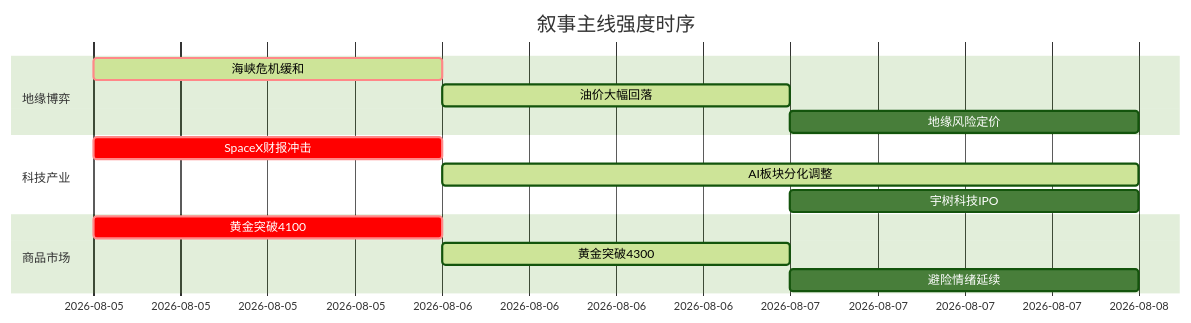
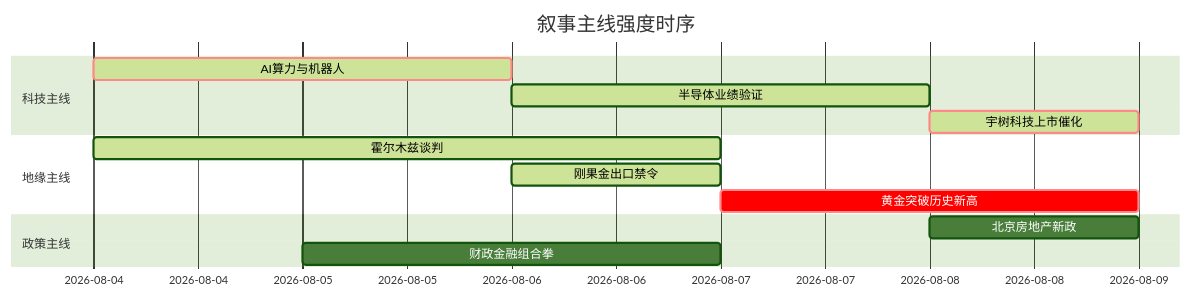
The diagram in 5day_report.md (uu5zn/uu5zn.github.io), drawn with Mermaid (forest theme) before and after one commit. The commit also changed other lines of this file and 4 other files, not shown here.

````diff
--- a/5day_report.md
+++ b/5day_report.md
@@ -54,19 +54,18 @@
 ```mermaid
 gantt
     title 叙事主线强度时序
     dateFormat YYYY-MM-DD
-    section 地缘博弈
-    海峡危机缓和   :crit, active, 2026-08-05, 1d
-    油价大幅回落   :active, 2026-08-06, 1d
-    地缘风险定价   :2026-08-07, 1d
+    section 科技主线
+    AI算力与机器人   :crit, active, 2026-08-04, 2d
+    半导体业绩验证   :active, 2026-08-06, 2d
+    宇树科技上市催化 :crit, active, 2026-08-08, 1d
     
-    section 科技产业
-    SpaceX财报冲击 :crit, 2026-08-05, 1d
-    AI板块分化调整 :active, 2026-08-06, 2d
-    宇树科技IPO   :2026-08-07, 1d
+    section 地缘主线
+    霍尔木兹谈判     :active, 2026-08-04, 3d
+    刚果金出口禁令   :active, 2026-08-06, 1d
+    黄金突破历史新高 :crit, 2026-08-07, 2d
     
-    section 商品市场
-    黄金突破4100   :crit, 2026-08-05, 1d
-    黄金突破4300   :active, 2026-08-06, 1d
-    避险情绪延续   :2026-08-07, 1d
+    section 政策主线
+    北京房地产新政   :2026-08-08, 1d
+    财政金融组合拳   :2026-08-05, 2d
 ```
````
